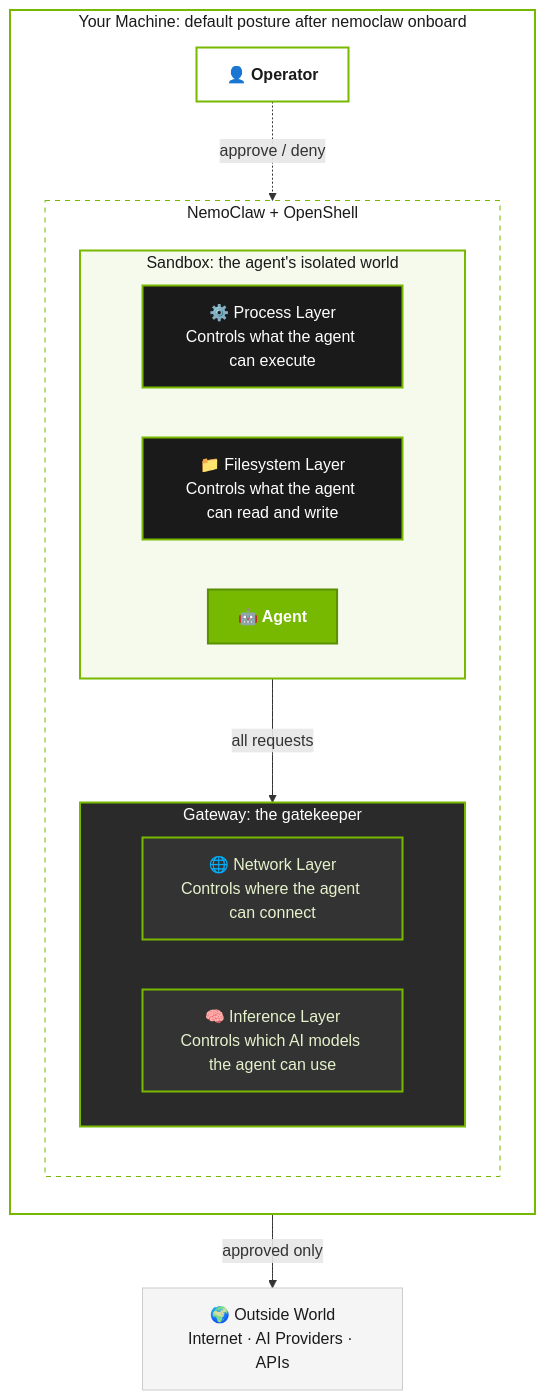
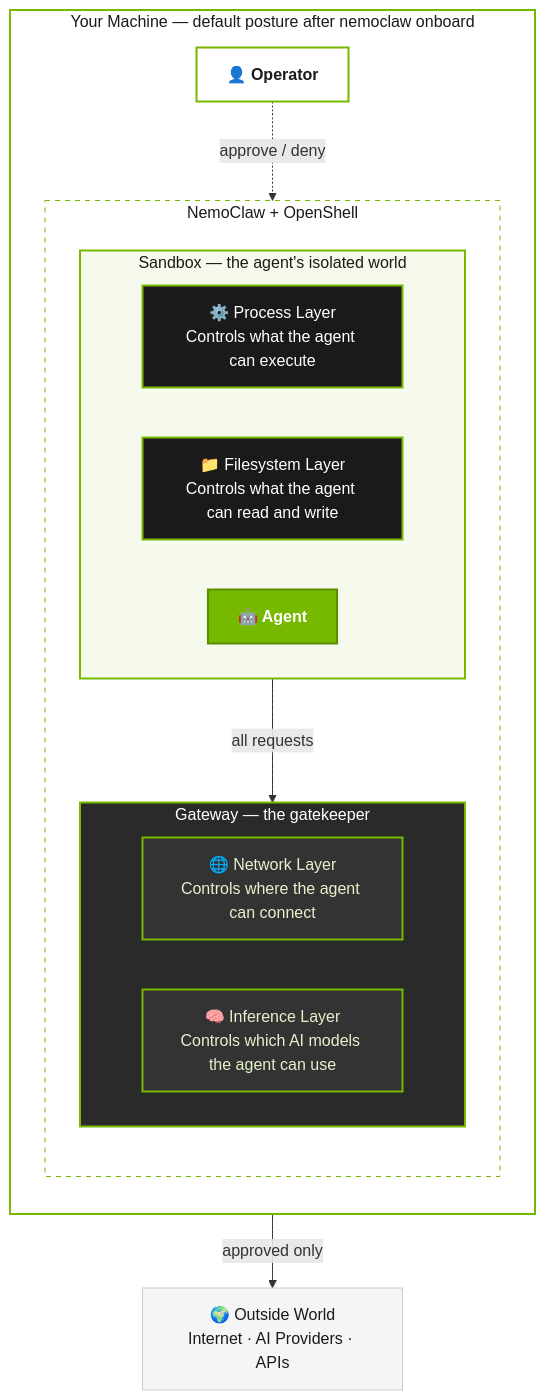
The diagram in .agents/skills/nemoclaw-security-best/references/best-practices.md (adityasinha1002/ProClaw), drawn with Mermaid before and after one commit. The commit also changed 9 other files, not shown here.

````diff
--- a/.agents/skills/nemoclaw-security-best/references/best-practices.md
+++ b/.agents/skills/nemoclaw-security-best/references/best-practices.md
@@ -24,48 +24,48 @@
 ```mermaid
 flowchart TB
-    subgraph HOST["Your Machine: default posture after nemoclaw onboard"]
+    subgraph HOST["Your Machine — default posture after nemoclaw onboard"]
         direction TB
 
         YOU["👤 Operator"]
 
         subgraph NC["NemoClaw + OpenShell"]
             direction TB
 
-            subgraph SB["Sandbox: the agent's isolated world"]
+            subgraph SB["Sandbox — the agent's isolated world"]
                 direction LR
                 PROC["⚙️ Process Layer<br/>Controls what the agent can execute"]
                 FS["📁 Filesystem Layer<br/>Controls what the agent can read and write"]
                 AGENT["🤖 Agent"]
             end
 
-            subgraph GW["Gateway: the gatekeeper"]
+            subgraph GW["Gateway — the gatekeeper"]
                 direction LR
                 NET["🌐 Network Layer<br/>Controls where the agent can connect"]
                 INF["🧠 Inference Layer<br/>Controls which AI models the agent can use"]
             end
         end
     end
 
     OUTSIDE["🌍 Outside World<br/>Internet · AI Providers · APIs"]
 
     AGENT -- "all requests" --> GW
     GW -- "approved only" --> OUTSIDE
     YOU -. "approve / deny" .-> GW
 
     classDef agent fill:#76b900,stroke:#5a8f00,color:#fff,stroke-width:2px,font-weight:bold
     classDef locked fill:#1a1a1a,stroke:#76b900,color:#fff,stroke-width:2px
     classDef hot fill:#333,stroke:#76b900,color:#e6f2cc,stroke-width:2px
     classDef external fill:#f5f5f5,stroke:#ccc,color:#1a1a1a,stroke-width:1px
     classDef operator fill:#fff,stroke:#76b900,color:#1a1a1a,stroke-width:2px,font-weight:bold
 
     class AGENT agent
     class PROC,FS locked
     class NET,INF hot
     class OUTSIDE external
     class YOU operator
 
     style HOST fill:none,stroke:#76b900,stroke-width:2px,color:#1a1a1a
     style NC fill:none,stroke:#76b900,stroke-width:1px,stroke-dasharray:5 5,color:#1a1a1a
     style SB fill:#f5faed,stroke:#76b900,stroke-width:2px,color:#1a1a1a
     style GW fill:#2a2a2a,stroke:#76b900,stroke-width:2px,color:#fff
 ```
````
